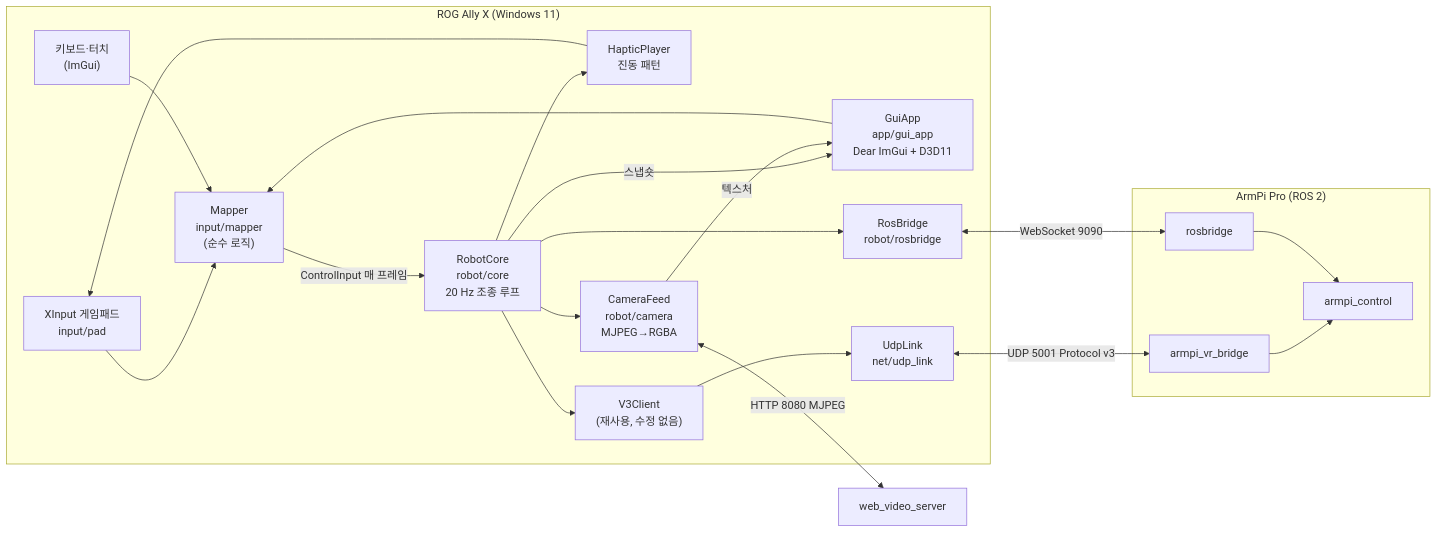
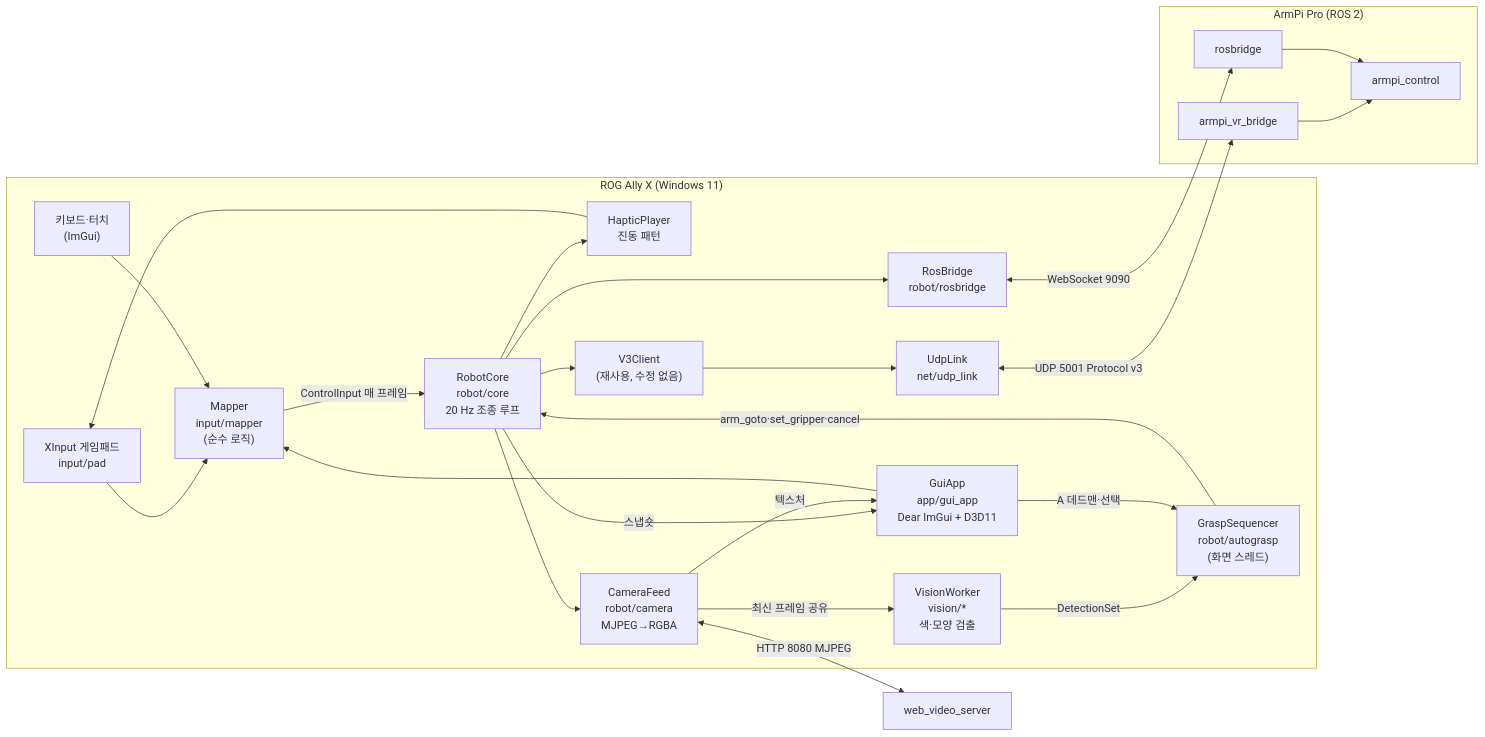
The diagram in docs/ARCHITECTURE.md (Ksyear/ArmPi-Ally-Controller), drawn with Mermaid before and after one commit. The commit also changed other lines of this file and 38 other files, not shown here.

````diff
--- a/docs/ARCHITECTURE.md
+++ b/docs/ARCHITECTURE.md
@@ -3,23 +3,27 @@
 ```mermaid
 flowchart LR
   subgraph Ally["ROG Ally X (Windows 11)"]
     PAD["XInput 게임패드\ninput/pad"] --> MAP
     KEY["키보드·터치\n(ImGui)"] --> MAP["Mapper\ninput/mapper\n(순수 로직)"]
     MAP -->|ControlInput 매 프레임| CORE
     UI["GuiApp\napp/gui_app\nDear ImGui + D3D11"] --> MAP
     CORE["RobotCore\nrobot/core\n20 Hz 조종 루프"] -->|스냅숏| UI
     CORE --> HAP["HapticPlayer\n진동 패턴"] --> PAD
     CORE --> V3["V3Client\n(재사용, 수정 없음)"]
     V3 --> UDP["UdpLink\nnet/udp_link"]
     CORE --> RB["RosBridge\nrobot/rosbridge"]
     CORE --> CAM["CameraFeed\nrobot/camera\nMJPEG→RGBA"]
     CAM -->|텍스처| UI
+    CAM -->|최신 프레임 공유| VW["VisionWorker\nvision/*\n색·모양 검출"]
+    VW -->|DetectionSet| SEQ["GraspSequencer\nrobot/autograsp\n(화면 스레드)"]
+    UI -->|A 데드맨·선택| SEQ
+    SEQ -->|arm_goto·set_gripper·cancel| CORE
   end
   UDP <-->|UDP 5001 Protocol v3| R1["armpi_vr_bridge"]
   RB <-->|WebSocket 9090| R2["rosbridge"]
   CAM <-->|HTTP 8080 MJPEG| R3["web_video_server"]
   subgraph Robot["ArmPi Pro (ROS 2)"]
     R1 --> RC["armpi_control"]
     R2 --> RC
   end
 ```
````
